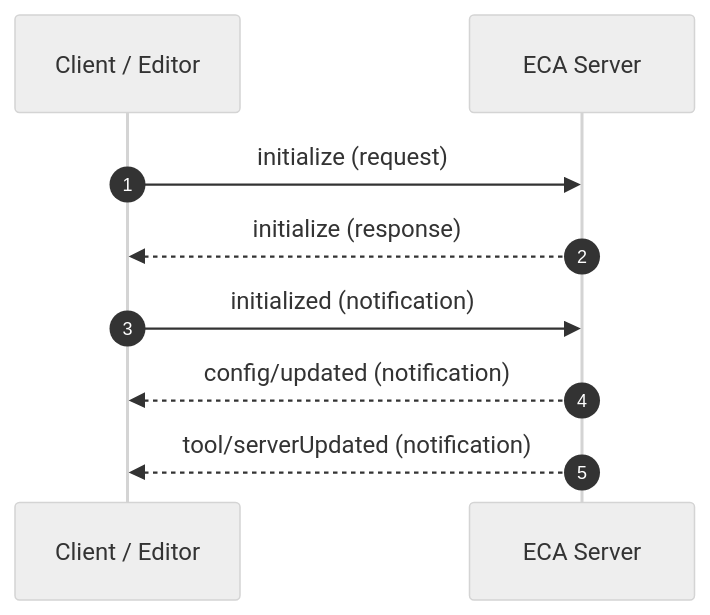
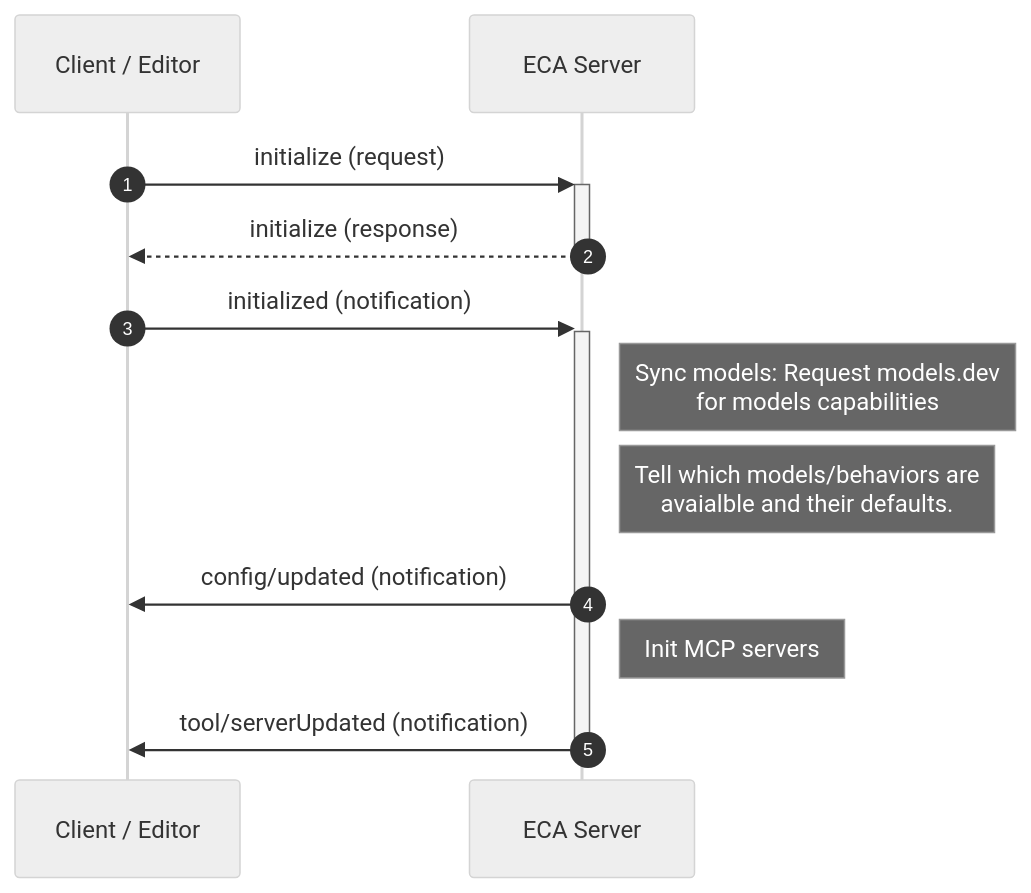
The diagram in docs/protocol.md (emerson-matos/eca), drawn with Mermaid (neutral theme) before and after one commit. The commit also changed other lines of this file, not shown here.

````diff
--- a/docs/protocol.md
+++ b/docs/protocol.md
@@ -175,11 +175,14 @@
-```mermaid
-sequenceDiagram
-    autonumber
-    participant C as Client / Editor
-    participant S as ECA Server
-    C->>S: initialize (request)
-    S-->>C: initialize (response)
-    C->>S: initialized (notification)
-    S-->>C: config/updated (notification)
-    S-->>C: tool/serverUpdated (notification)
-```
+    ```mermaid
+    sequenceDiagram
+        autonumber
+        participant C as Client / Editor
+        participant S as ECA Server
+        C->>+S: initialize (request)
+        S-->>-C: initialize (response)
+        C->>+S: initialized (notification)
+        Note right of S: Sync models: Request models.dev <br/>for models capabilities
+        Note right of S: Tell which models/behaviors are <br/>avaialble and their defaults.
+        S->>C: config/updated (notification)
+        Note right of S: Init MCP servers 
+        S->>-C: tool/serverUpdated (notification)
+    ```
````
